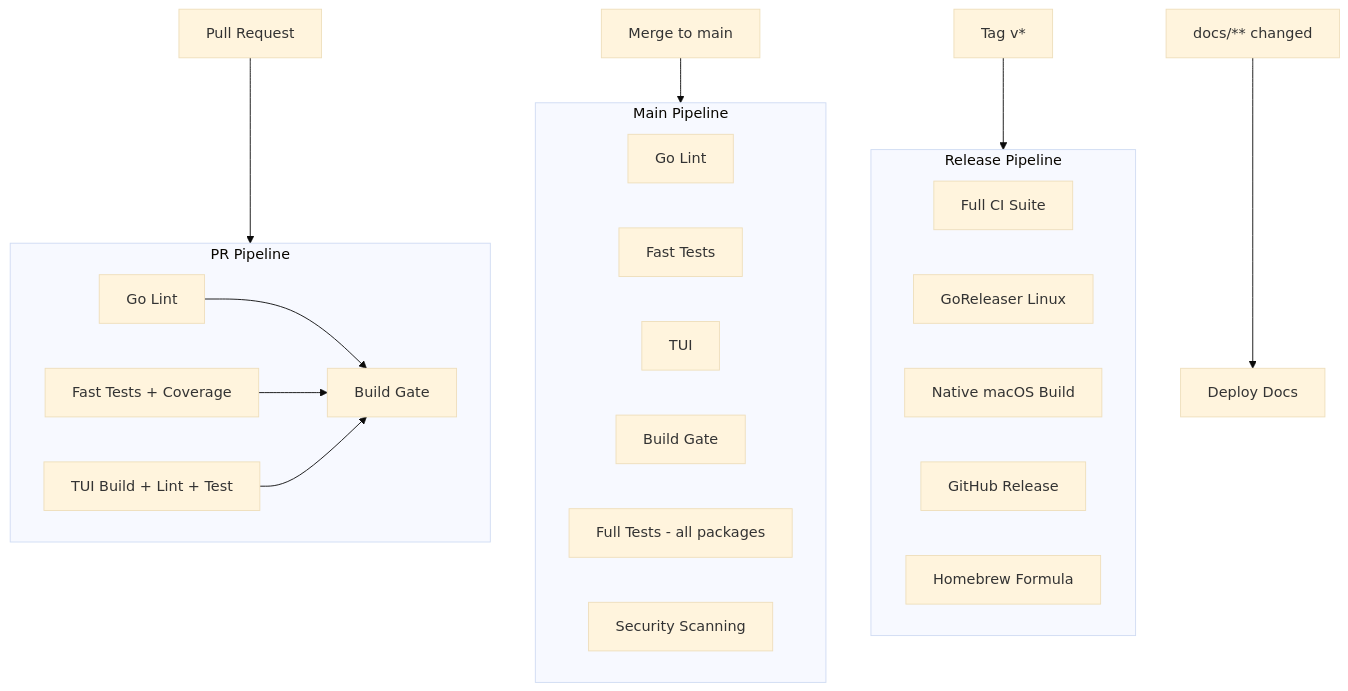
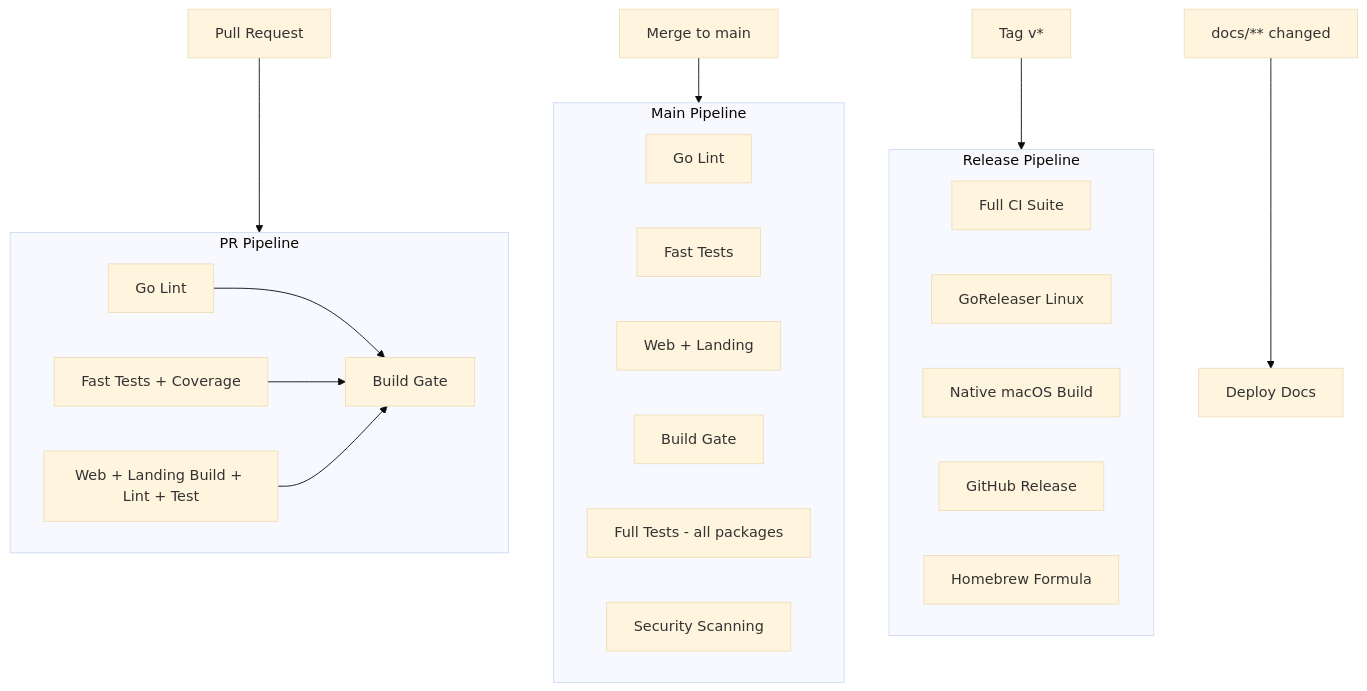
The first of 2 diagrams in docs/explanation/ci-cd.md (rpuneet/bc), drawn with Mermaid (base theme) before and after one commit. The commit also changed other lines of this file and 59 other files, not shown here.

````diff
--- a/docs/explanation/ci-cd.md
+++ b/docs/explanation/ci-cd.md
@@ -5,34 +5,34 @@
 ```mermaid
 graph TD
     PR[Pull Request] --> FAST[Fast Pipeline ~90s]
     MAIN[Merge to main] --> FULL[Full Pipeline ~5m]
     TAG[Tag v*] --> RELEASE[Release Pipeline ~10m]
     DOCS[docs/** changed] --> DEPLOY[Deploy Docs]
 
     subgraph FAST[PR Pipeline]
         LINT[Go Lint]
         TEST[Fast Tests + Coverage]
-        TUI[TUI Build + Lint + Test]
+        WEB[Web + Landing Build + Lint + Test]
         BUILD[Build Gate]
         LINT --> BUILD
         TEST --> BUILD
-        TUI --> BUILD
+        WEB --> BUILD
     end
 
     subgraph FULL[Main Pipeline]
         F_LINT[Go Lint]
         F_TEST[Fast Tests]
-        F_TUI[TUI]
+        F_WEB[Web + Landing]
         F_BUILD[Build Gate]
         F_FULL_TEST[Full Tests - all packages]
         F_SECURITY[Security Scanning]
     end
 
     subgraph RELEASE[Release Pipeline]
         CI_CHECK[Full CI Suite]
         LINUX[GoReleaser Linux]
         MACOS[Native macOS Build]
         GH_REL[GitHub Release]
         BREW[Homebrew Formula]
     end
 ```
````
